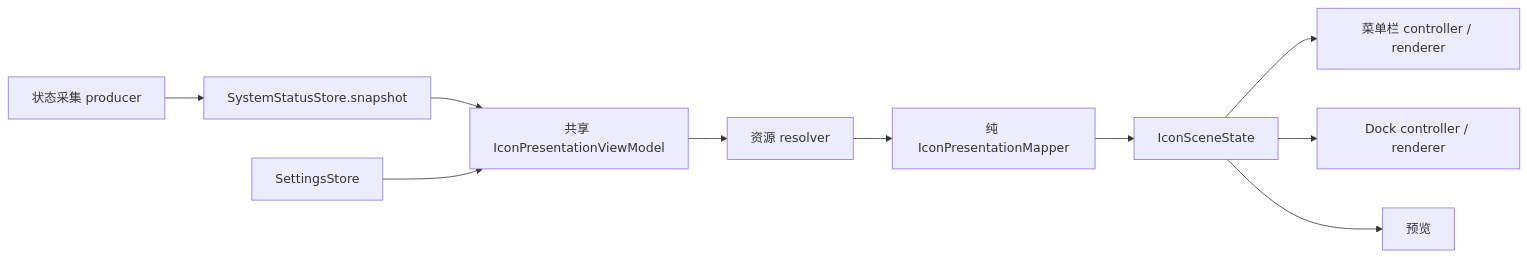
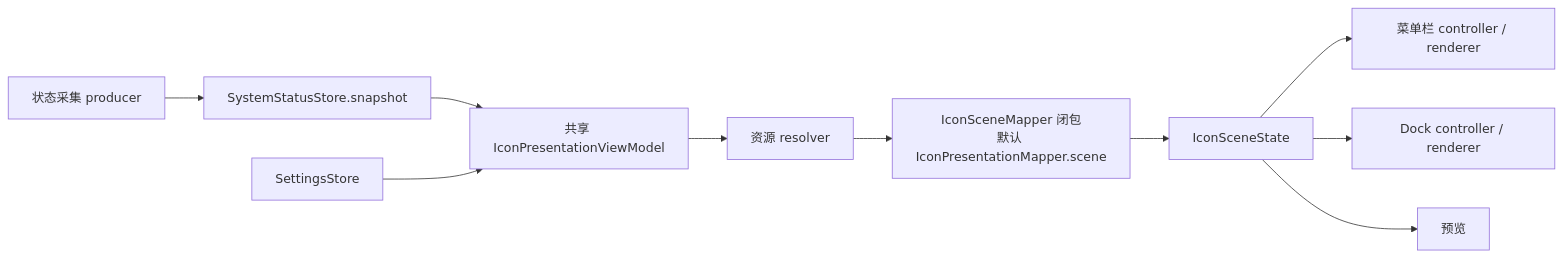
One commit to CrazyForks/status-trio changed the diagram in docs/api/icon-presentation.md. Above: the diagram before and after it, drawn with Mermaid. The commit also changed other lines of this file and 8 other files, not shown here.

Commit message:
refactor: finish icon presentation architecture boundaries

````diff
--- a/docs/api/icon-presentation.md
+++ b/docs/api/icon-presentation.md
@@ -15,12 +15,12 @@
 ```mermaid
 flowchart LR
     P[状态采集 producer] --> S[SystemStatusStore.snapshot]
     S --> O[共享 IconPresentationViewModel]
     T[SettingsStore] --> O
     O --> R[资源 resolver]
-    R --> M[纯 IconPresentationMapper]
+    R --> M[IconSceneMapper 闭包<br/>默认 IconPresentationMapper.scene]
     M --> V[IconSceneState]
     V --> B[菜单栏 controller / renderer]
     V --> D[Dock controller / renderer]
     V --> C[预览]
 ```
````
